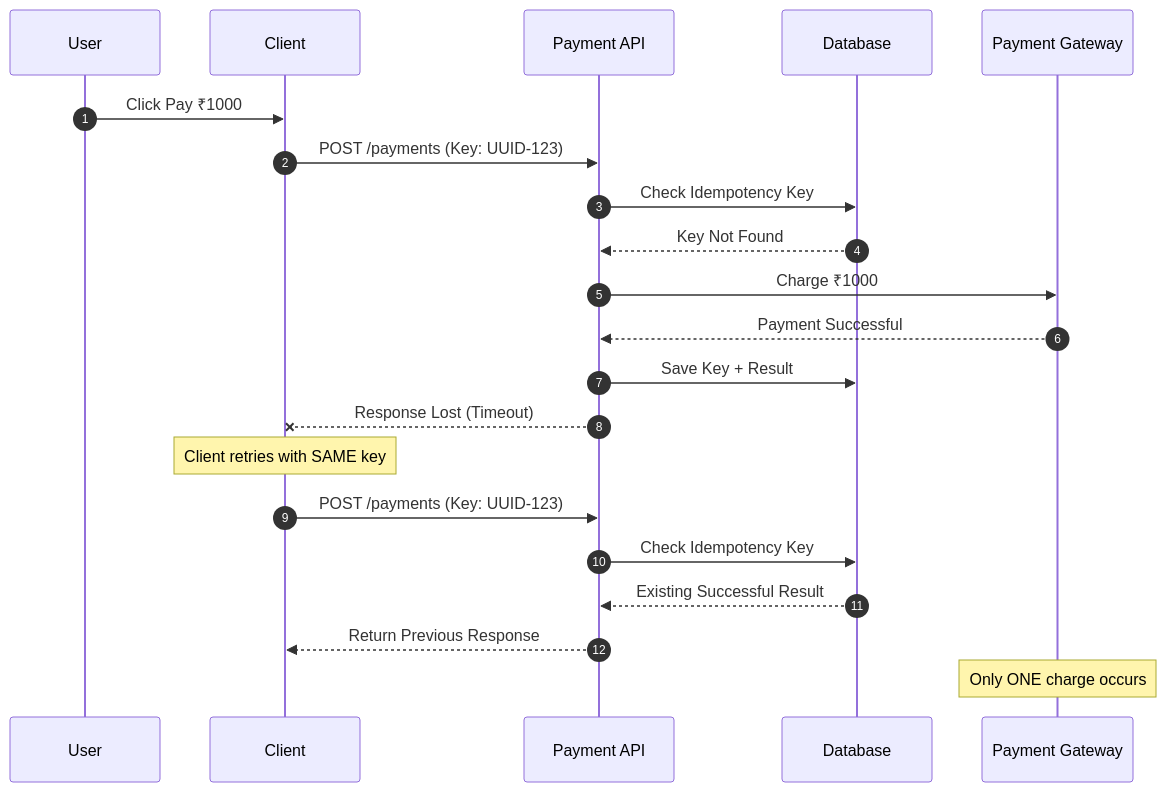
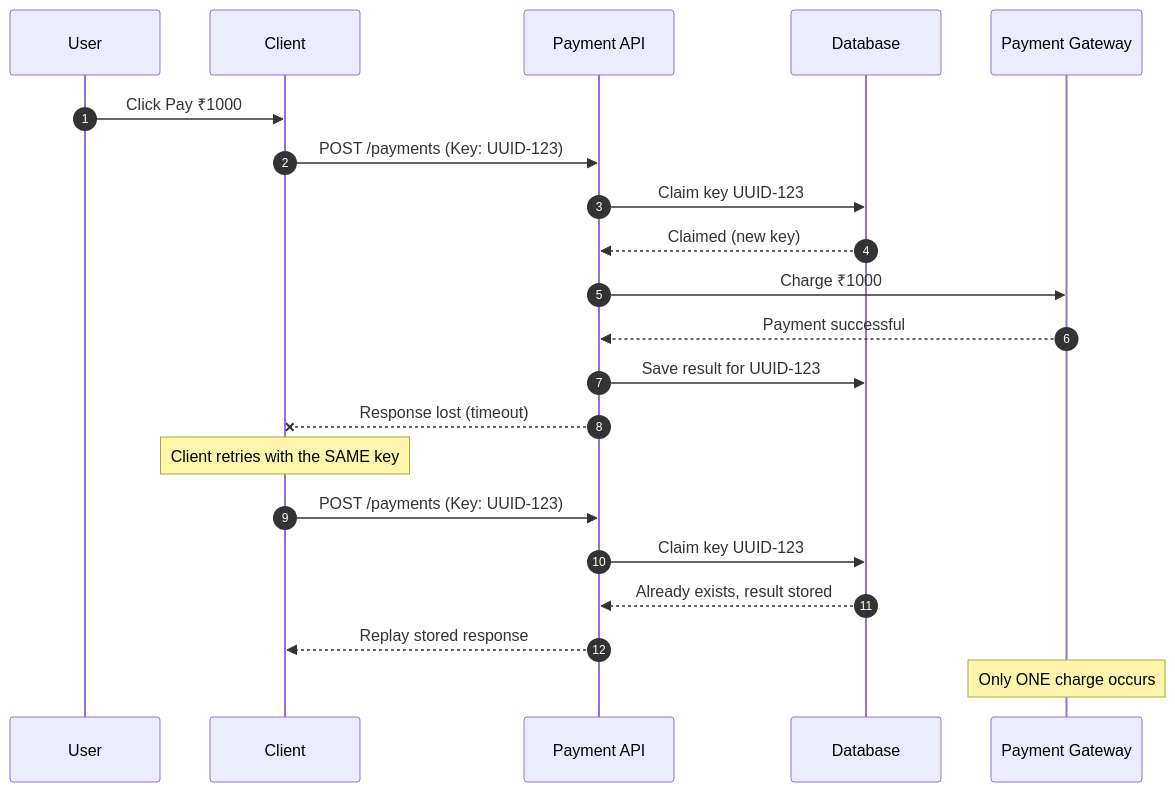
Before and after one commit to Yash-777/CodeTrove: the second of 7 diagrams in src/data/topics/api-integration/resilience/idempotency/content.md, drawn with Mermaid. The commit also changed other lines of this file and 1 other file, not shown here.

Commit message:
doc: updated idempotency

````diff
--- a/src/data/topics/api-integration/resilience/idempotency/content.md
+++ b/src/data/topics/api-integration/resilience/idempotency/content.md
@@ -98,29 +83,29 @@
 ```mermaid
 sequenceDiagram
     autonumber
     participant U as User
     participant C as Client
     participant API as Payment API
     participant DB as Database
     participant PG as Payment Gateway
 
     U->>C: Click Pay ₹1000
     C->>API: POST /payments (Key: UUID-123)
-    API->>DB: Check Idempotency Key
-    DB-->>API: Key Not Found
+    API->>DB: Claim key UUID-123
+    DB-->>API: Claimed (new key)
 
     API->>PG: Charge ₹1000
-    PG-->>API: Payment Successful
-    API->>DB: Save Key + Result
-    API--xC: Response Lost (Timeout)
+    PG-->>API: Payment successful
+    API->>DB: Save result for UUID-123
+    API--xC: Response lost (timeout)
 
-    Note over C: Client retries with SAME key
+    Note over C: Client retries with the SAME key
 
     C->>API: POST /payments (Key: UUID-123)
-    API->>DB: Check Idempotency Key
-    DB-->>API: Existing Successful Result
+    API->>DB: Claim key UUID-123
+    DB-->>API: Already exists, result stored
 
-    API-->>C: Return Previous Response
+    API-->>C: Replay stored response
 
     Note over PG: Only ONE charge occurs
 ```
````
